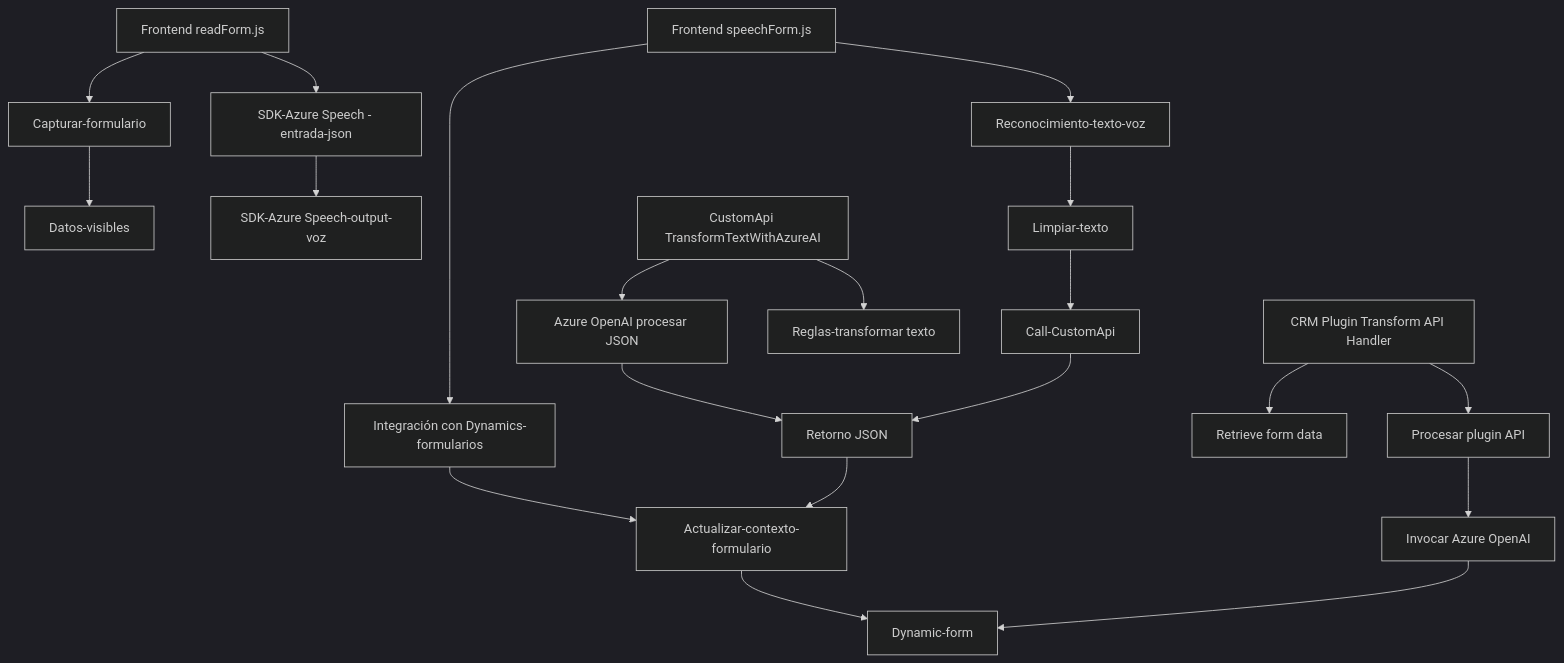
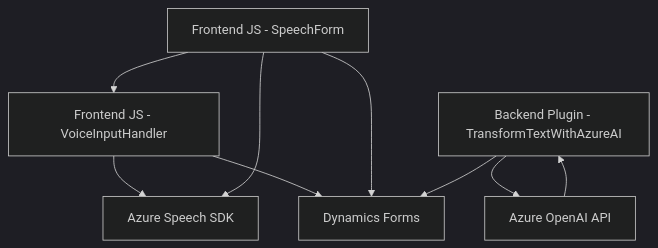
Before and after one commit to blopezdm/NETCORE_BILBAO2025: the diagram in README.md, drawn with Mermaid (dark theme). The commit also changed other lines of this file, not shown here.

Commit message:
Actualizar análisis global de la solución con IA

````diff
--- a/README.md
+++ b/README.md
@@ -53,27 +34,18 @@
 ```mermaid
 graph TD
-    A[Frontend readForm.js] --> B["Capturar-formulario"]
-    A --> C["SDK-Azure Speech - entrada-json"]
-    B --> D["Datos-visibles"]
-    C --> E["SDK-Azure Speech-output-voz"]
-
-    F[Frontend speechForm.js] --> G["Reconocimiento-texto-voz"]
-    F --> H["Integración con Dynamics-formularios"]
-    G --> I["Limpiar-texto"]
-    I --> J["Call-CustomApi"]
-
-    K[CustomApi TransformTextWithAzureAI] --> L["Azure OpenAI procesar JSON"]
-    K --> M["Reglas-transformar texto"]
-    L --> N["Retorno JSON"]
-    
-    H --> O["Actualizar-contexto-formulario"]
-    J --> N
-    N --> O
-    
-    P[CRM Plugin Transform API Handler] --> Q[Retrieve form data]
-    P --> R["Procesar plugin API"]
-    R --> S["Invocar Azure OpenAI"]
-    
-    O --> T[Dynamic-form]
-    S --> T
+  A["Frontend JS - VoiceInputHandler"]
+  B["Frontend JS - SpeechForm"]
+  C["Backend Plugin - TransformTextWithAzureAI"]
+  D["Azure Speech SDK"]
+  E["Dynamics Forms"]
+  F["Azure OpenAI API"]
+  
+  A --> D
+  A --> E
+  B --> D
+  B --> E
+  B --> A
+  C --> F
+  C --> E
+  F --> C
 ```
````
